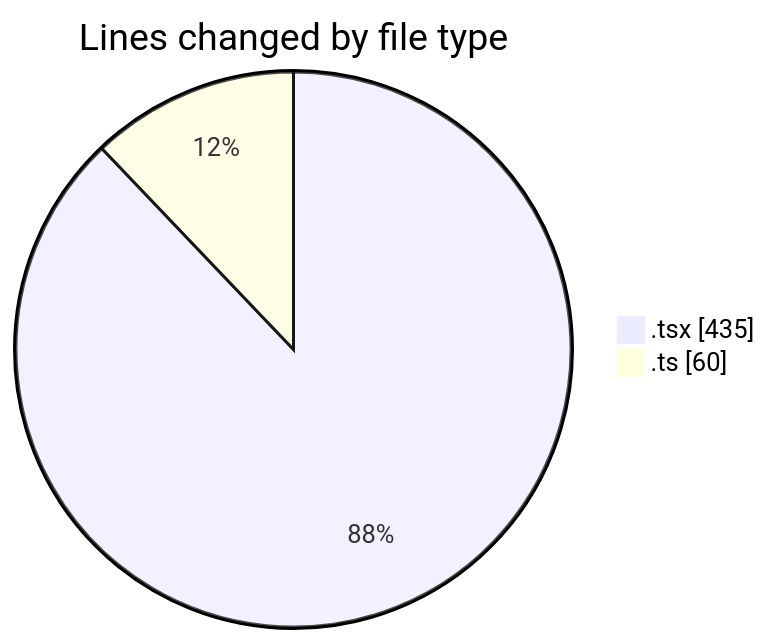
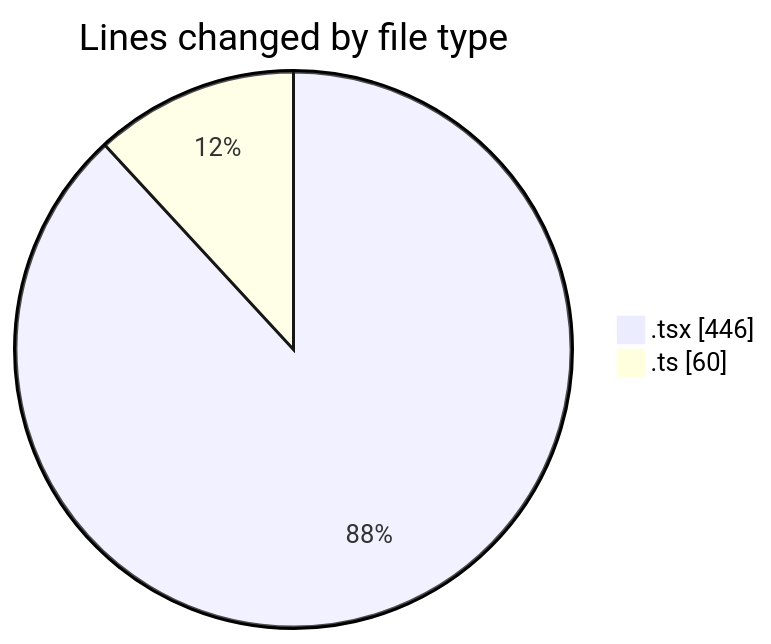
One commit to julien-gomy/code-tracking changed the first of 2 diagrams in 2025-11-18/eventscop-frontend-guide__workspace_/README.md. Above: the diagram before and after it, drawn with Mermaid. The commit also changed other lines of this file and 1 other file, not shown here.

````diff
--- a/2025-11-18/eventscop-frontend-guide__workspace_/README.md
+++ b/2025-11-18/eventscop-frontend-guide__workspace_/README.md
@@ -27,6 +27,6 @@
 ```mermaid
 pie showData
 title Lines changed by file type
-".tsx" : 435
+".tsx" : 446
 ".ts" : 60
 ```
````
